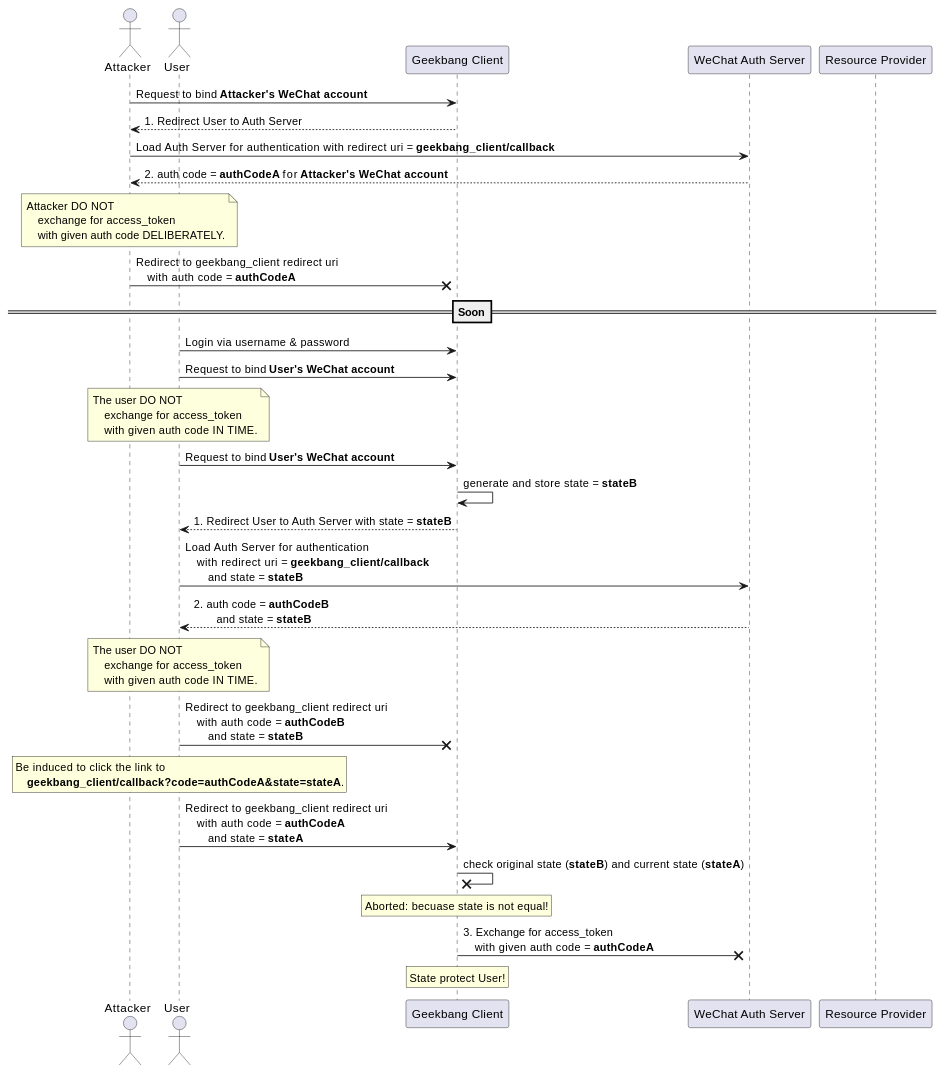
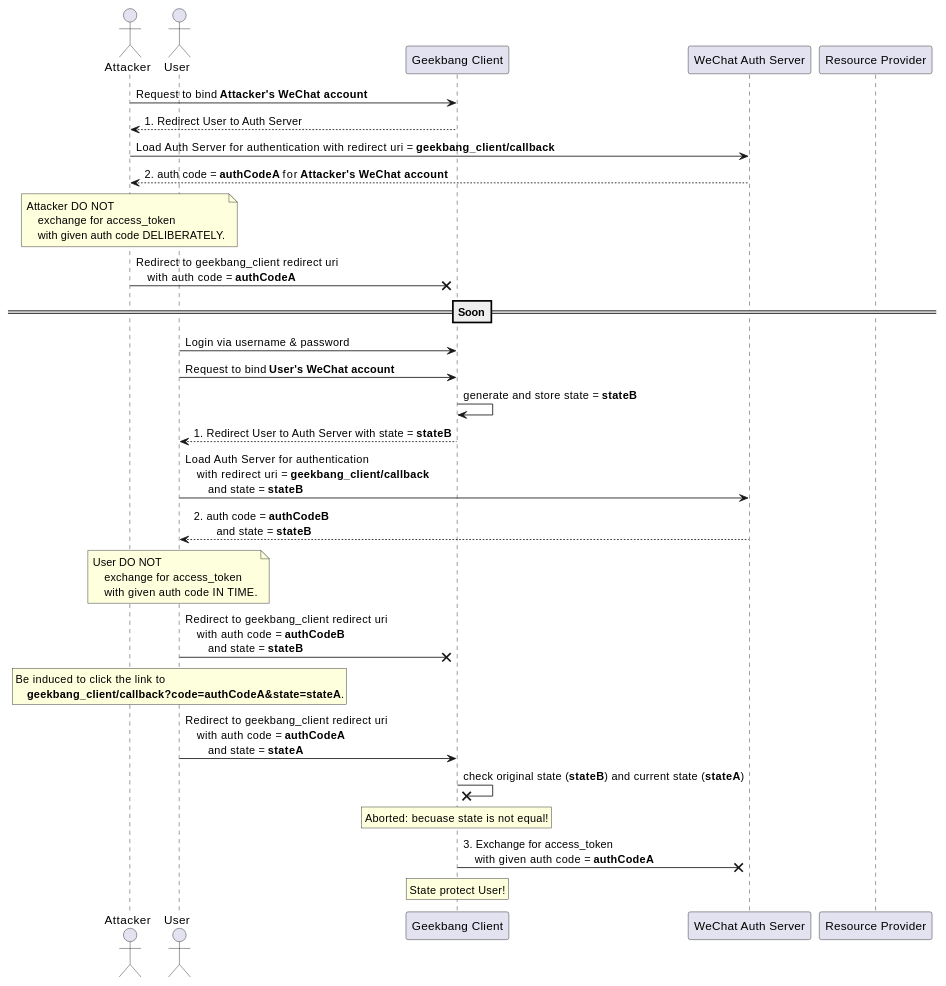
One commit to IceHe/lib changed the second of 2 diagrams in auth/csrf-attack-on-oauth.md. Above: the diagram before and after it, drawn with PlantUML. The commit also changed other lines of this file, not shown here.

````diff
--- a/auth/csrf-attack-on-oauth.md
+++ b/auth/csrf-attack-on-oauth.md
@@ -93,72 +84,64 @@
 ```plantuml
 @startuml
 actor attacker as "Attacker"
 actor user as "User"
 
 participant geekbang_client as "Geekbang Client"
 
 participant auth_serv as "WeChat Auth Server"
 participant protected_res as "Resource Provider"
 
 attacker -> geekbang_client: Request to bind **Attacker's WeChat account**
 attacker <-- geekbang_client: 1. Redirect User to Auth Server
 
 attacker -> auth_serv: Load Auth Server for authentication with redirect uri = **geekbang_client/callback**
 attacker <-- auth_serv: 2. auth code = **authCodeA** for **Attacker's WeChat account**
 
 note over attacker
     Attacker DO NOT
         exchange for access_token
         with given auth code DELIBERATELY.
 endrnote
 
 attacker -x geekbang_client: Redirect to geekbang_client redirect uri \n    with auth code = **authCodeA**
 
 ==Soon==
 
 user -> geekbang_client: Login via username & password
 
 user -> geekbang_client: Request to bind **User's WeChat account**
-
-note over user
-    The user DO NOT
-        exchange for access_token
-        with given auth code IN TIME.
-endrnote
-
-user -> geekbang_client: Request to bind **User's WeChat account**
 geekbang_client -> geekbang_client: generate and store state = **stateB**
 user <-- geekbang_client: 1. Redirect User to Auth Server with state = **stateB**
 
 user -> auth_serv: Load Auth Server for authentication \n    with redirect uri = **geekbang_client/callback** \n        and state = **stateB**
 user <-- auth_serv: 2. auth code = **authCodeB** \n        and state = **stateB**
 
 note over user
-    The user DO NOT
+    User DO NOT
         exchange for access_token
         with given auth code IN TIME.
 endrnote
 
 user -x geekbang_client: Redirect to geekbang_client redirect uri \n    with auth code = **authCodeB** \n        and state = **stateB**
 
 rnote over user
     Be induced to click the link to
         **geekbang_client/callback?code=authCodeA&state=stateA**.
 endrnote
 
 user -> geekbang_client: Redirect to geekbang_client redirect uri \n    with auth code = **authCodeA** \n        and state = **stateA**
 
 geekbang_client -x geekbang_client: check original state (**stateB**) and current state (**stateA**)
 
 rnote over geekbang_client
     Aborted: becuase state is not equal!
 endrnote
 
 geekbang_client -x auth_serv: 3. Exchange for access_token \n    with given auth code = **authCodeA**
 
 rnote over geekbang_client
     State protect User!
 endrnote
 
 @enduml
 ```
````
